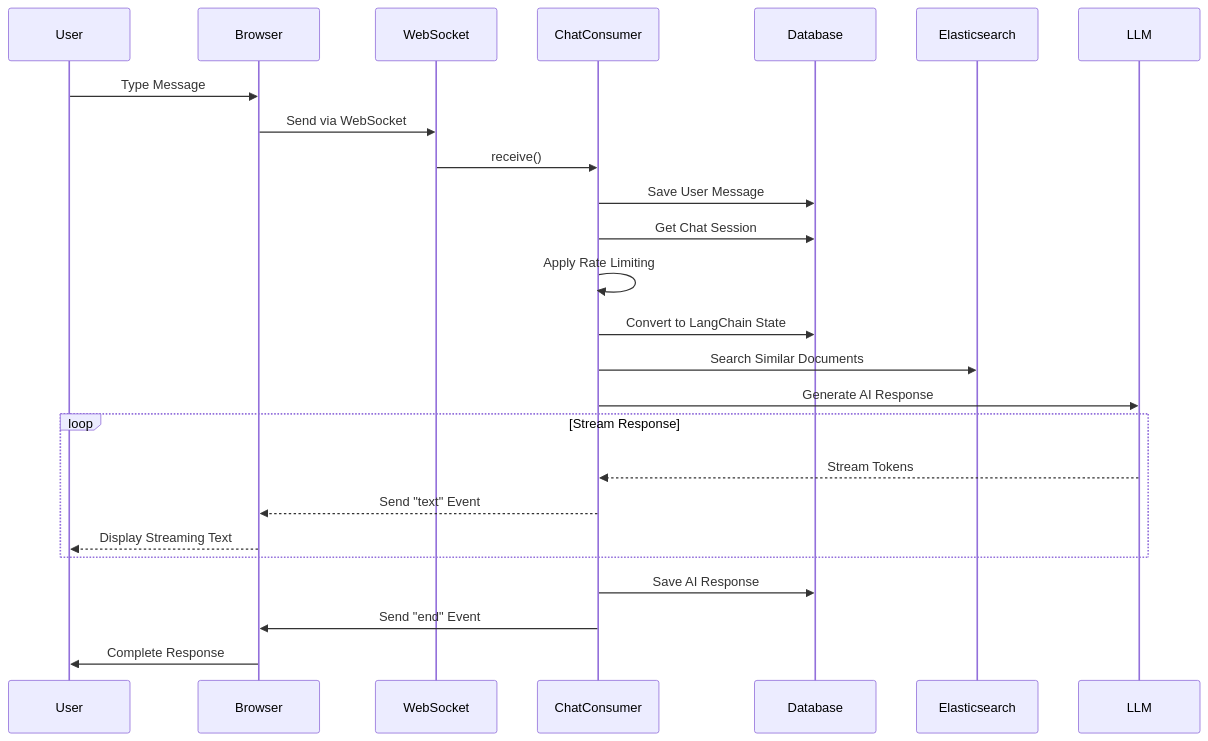
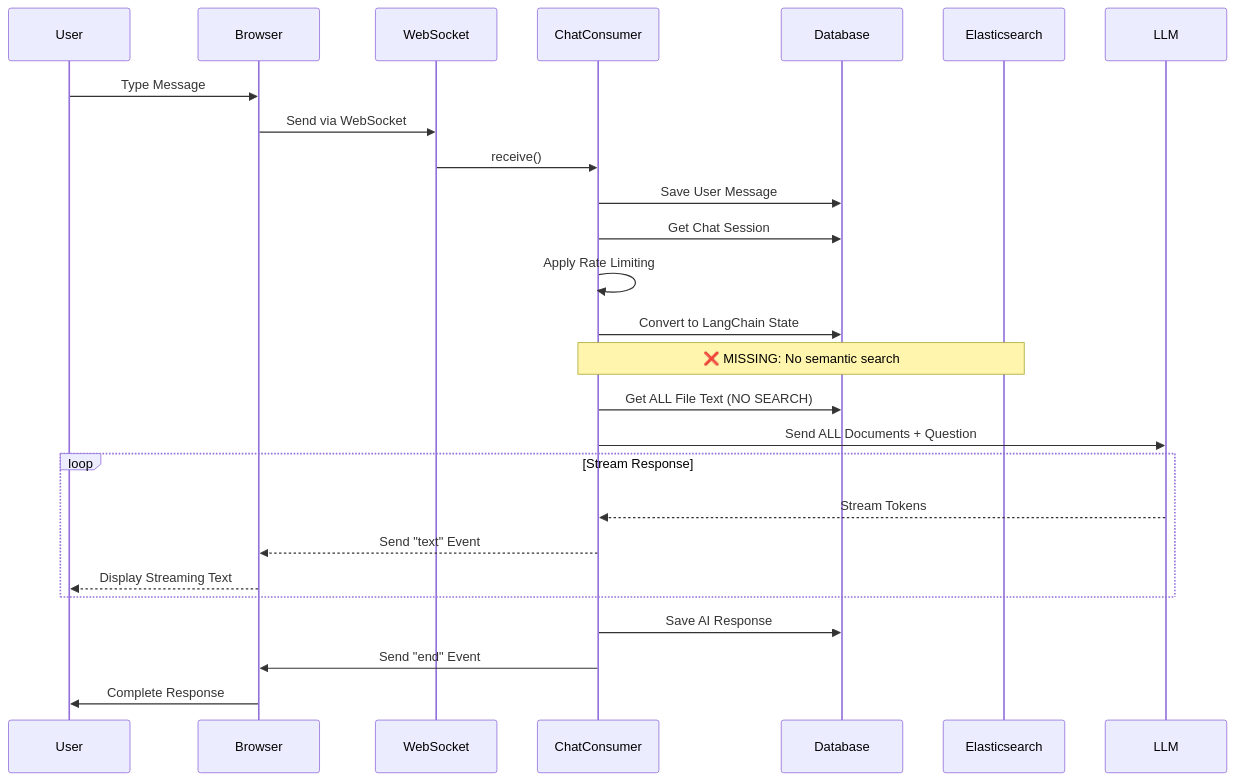
Before and after one commit to Blessan-Alex/redbox-v2: the ninth of 12 diagrams in knowledge-bank/django-app-service-audit.md, drawn with Mermaid. The commit also changed other lines of this file and 2 other files, not shown here.

````diff
--- a/knowledge-bank/django-app-service-audit.md
+++ b/knowledge-bank/django-app-service-audit.md
@@ -727,32 +757,33 @@
 ```mermaid
 sequenceDiagram
     participant User
     participant Browser
     participant WebSocket
     participant ChatConsumer
     participant Database
     participant Elasticsearch
     participant LLM
     
     User->>Browser: Type Message
     Browser->>WebSocket: Send via WebSocket
     WebSocket->>ChatConsumer: receive()
     
     ChatConsumer->>Database: Save User Message
     ChatConsumer->>Database: Get Chat Session
     ChatConsumer->>ChatConsumer: Apply Rate Limiting
     
     ChatConsumer->>Database: Convert to LangChain State
-    ChatConsumer->>Elasticsearch: Search Similar Documents
-    ChatConsumer->>LLM: Generate AI Response
+    Note over ChatConsumer,Elasticsearch: ❌ MISSING: No semantic search
+    ChatConsumer->>Database: Get ALL File Text (NO SEARCH)
+    ChatConsumer->>LLM: Send ALL Documents + Question
     
     loop Stream Response
         LLM-->>ChatConsumer: Stream Tokens
         ChatConsumer-->>Browser: Send "text" Event
         Browser-->>User: Display Streaming Text
     end
     
     ChatConsumer->>Database: Save AI Response
     ChatConsumer->>Browser: Send "end" Event
     Browser->>User: Complete Response
 ```
````
